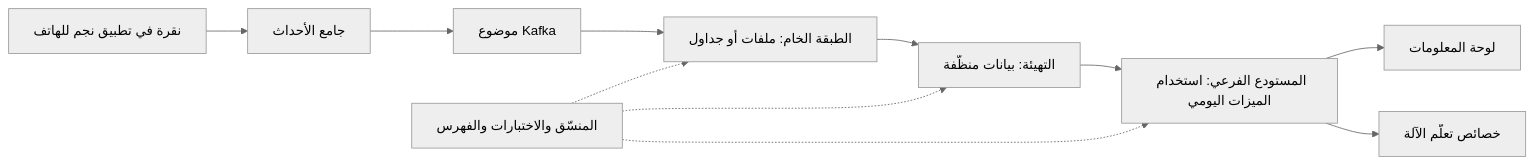
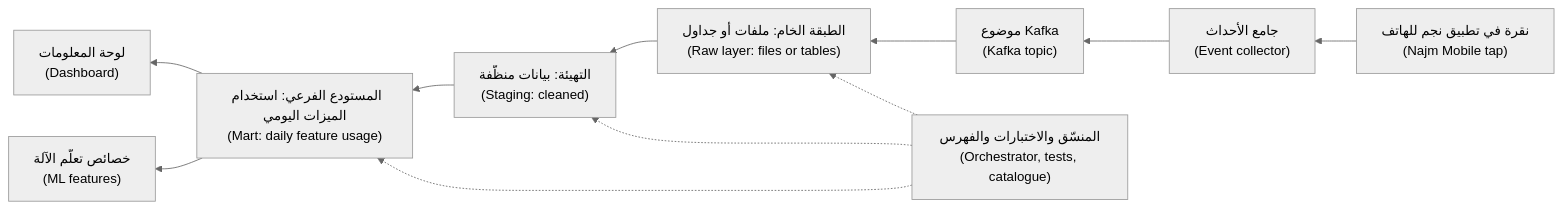
One commit to Tamoura/system-design-for-vibe-coders changed the second of 3 diagrams in data/modules/00-orientation.ar.md. Above: the diagram before and after it, drawn with Mermaid (neutral theme). The commit also changed other lines of this file and 20 other files, not shown here.

First line of the commit message:
New courses: Arabic diagrams read right-to-left with English labels (modules 0–6)

````diff
--- a/data/modules/00-orientation.ar.md
+++ b/data/modules/00-orientation.ar.md
@@ -271,13 +271,13 @@
 ```mermaid
-flowchart LR
-    A["نقرة في تطبيق نجم للهاتف"] --> B["جامع الأحداث"]
-    B --> C["موضوع Kafka"]
-    C --> D["الطبقة الخام: ملفات أو جداول"]
-    D --> E["التهيئة: بيانات منظّفة"]
-    E --> F["المستودع الفرعي: استخدام الميزات اليومي"]
-    F --> G["لوحة المعلومات"]
-    F --> H["خصائص تعلّم الآلة"]
-    O["المنسّق والاختبارات والفهرس"] -.-> D
+flowchart RL
+    A["نقرة في تطبيق نجم للهاتف<br/>(Najm Mobile tap)"] --> B["جامع الأحداث<br/>(Event collector)"]
+    B --> C["موضوع Kafka<br/>(Kafka topic)"]
+    C --> D["الطبقة الخام: ملفات أو جداول<br/>(Raw layer: files or tables)"]
+    D --> E["التهيئة: بيانات منظّفة<br/>(Staging: cleaned)"]
+    E --> F["المستودع الفرعي: استخدام الميزات اليومي<br/>(Mart: daily feature usage)"]
+    F --> G["لوحة المعلومات<br/>(Dashboard)"]
+    F --> H["خصائص تعلّم الآلة<br/>(ML features)"]
+    O["المنسّق والاختبارات والفهرس<br/>(Orchestrator, tests, catalogue)"] -.-> D
     O -.-> E
     O -.-> F
 ```
````
